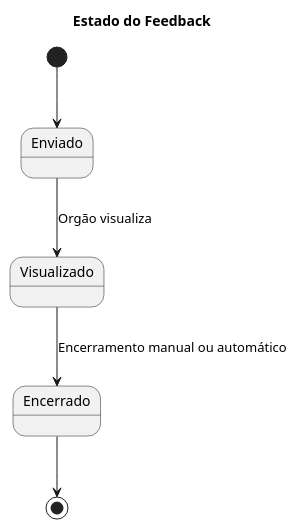
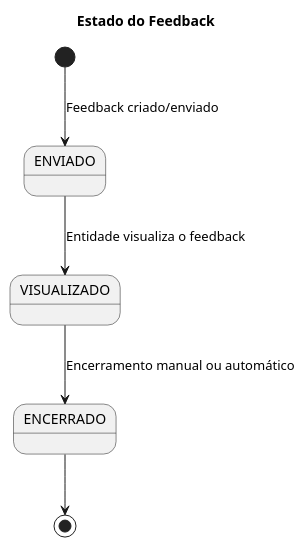
One commit to rafa-alves6/Reclama.se-AOO changed the diagram in modelos/DE_feedback.puml. Above: the diagram before and after it, drawn with PlantUML.

```diff
--- a/modelos/DE_feedback.puml
+++ b/modelos/DE_feedback.puml
@@ -1,8 +1,9 @@
 @startuml
 title Estado do Feedback
 
-[*] --> Enviado
-Enviado --> Visualizado : Orgão visualiza
-Visualizado --> Encerrado : Encerramento manual ou automático
-Encerrado --> [*]
+[*] --> ENVIADO : Feedback criado/enviado
+ENVIADO --> VISUALIZADO : Entidade visualiza o feedback
+VISUALIZADO --> ENCERRADO : Encerramento manual ou automático
+ENCERRADO --> [*]
+
 @enduml
```
